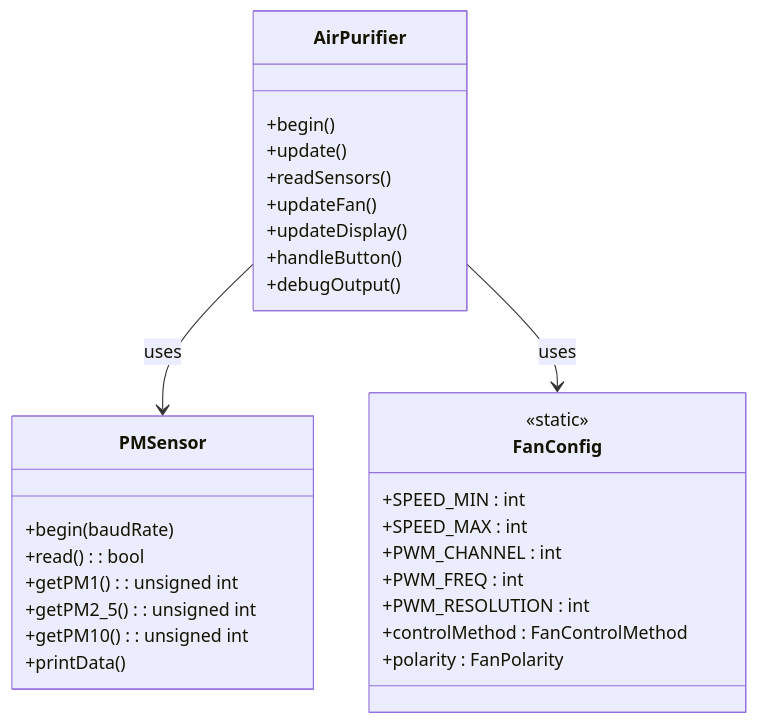
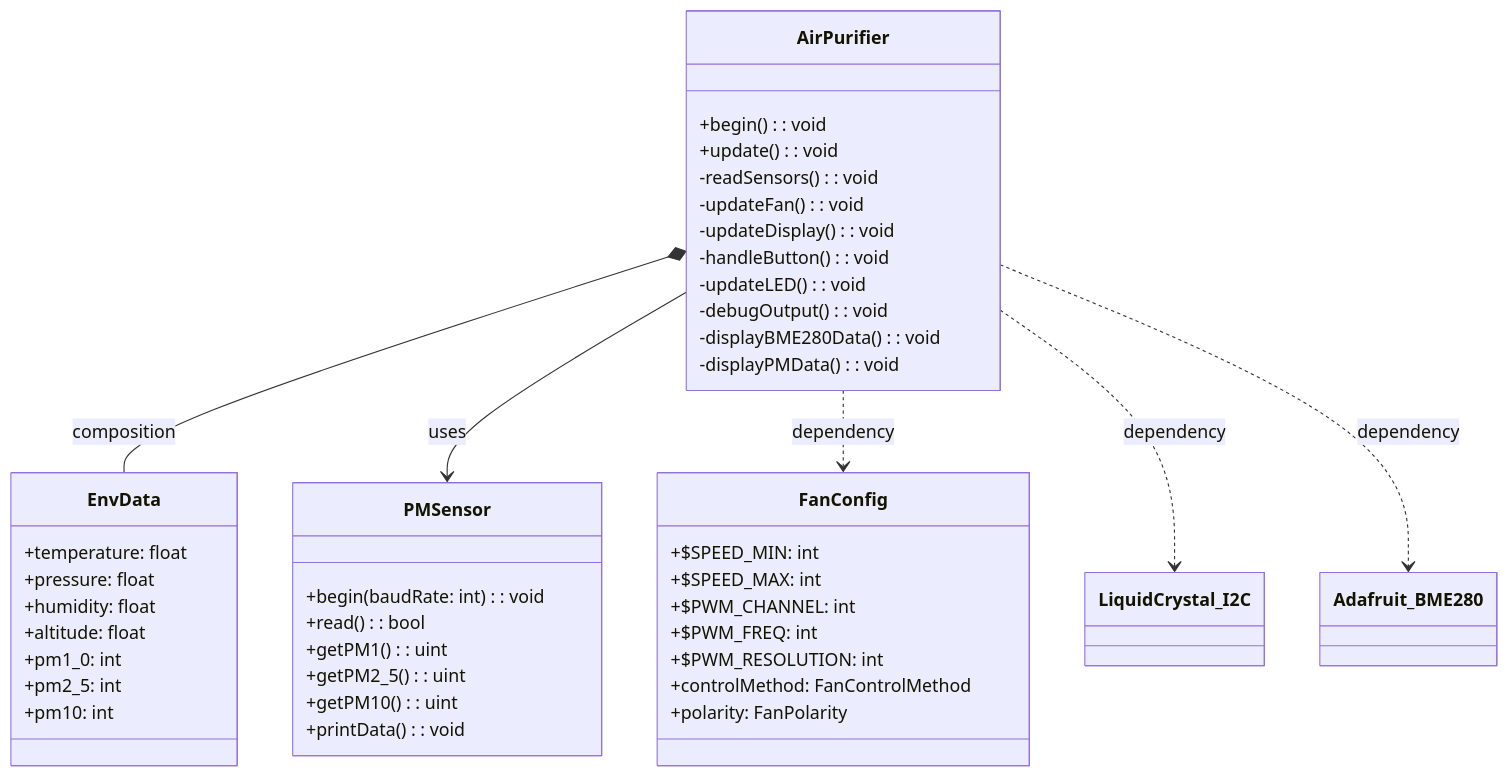
Before and after one commit to phukrit7171/esp32_air_purifier: the third of 3 diagrams in README.md, drawn with Mermaid. The commit also changed other lines of this file, not shown here.

Commit message:
docs: update README.md to include detailed table of contents, enhance project overview, and clarify system architecture with updated state machine diagrams

````diff
--- a/README.md
+++ b/README.md
@@ -100,32 +186,50 @@
 ```mermaid
 classDiagram
     class AirPurifier {
-        +begin()
-        +update()
-        +readSensors()
-        +updateFan()
-        +updateDisplay()
-        +handleButton()
-        +debugOutput()
+        +begin(): void
+        +update(): void
+        -readSensors(): void
+        -updateFan(): void
+        -updateDisplay(): void
+        -handleButton(): void
+        -updateLED(): void
+        -debugOutput(): void
+        -displayBME280Data(): void
+        -displayPMData(): void
     }
+    
     class PMSensor {
-        +begin(baudRate)
-        +read() : bool
-        +getPM1() : unsigned int
-        +getPM2_5() : unsigned int
-        +getPM10() : unsigned int
-        +printData()
+        +begin(baudRate: int): void
+        +read(): bool
+        +getPM1(): uint
+        +getPM2_5(): uint
+        +getPM10(): uint
+        +printData(): void
     }
+    
     class FanConfig {
-        <<static>>
-        +SPEED_MIN : int
-        +SPEED_MAX : int
-        +PWM_CHANNEL : int
-        +PWM_FREQ : int
-        +PWM_RESOLUTION : int
-        +controlMethod : FanControlMethod
-        +polarity : FanPolarity
+        +$SPEED_MIN: int
+        +$SPEED_MAX: int
+        +$PWM_CHANNEL: int
+        +$PWM_FREQ: int
+        +$PWM_RESOLUTION: int
+        +controlMethod: FanControlMethod
+        +polarity: FanPolarity
     }
+    
+    class EnvData {
+        +temperature: float
+        +pressure: float
+        +humidity: float
+        +altitude: float
+        +pm1_0: int
+        +pm2_5: int
+        +pm10: int
+    }
+    
+    AirPurifier *-- EnvData : composition
     AirPurifier --> PMSensor : uses
-    AirPurifier --> FanConfig : uses
+    AirPurifier ..> FanConfig : dependency
+    AirPurifier ..> LiquidCrystal_I2C : dependency
+    AirPurifier ..> Adafruit_BME280 : dependency
 ```
````
